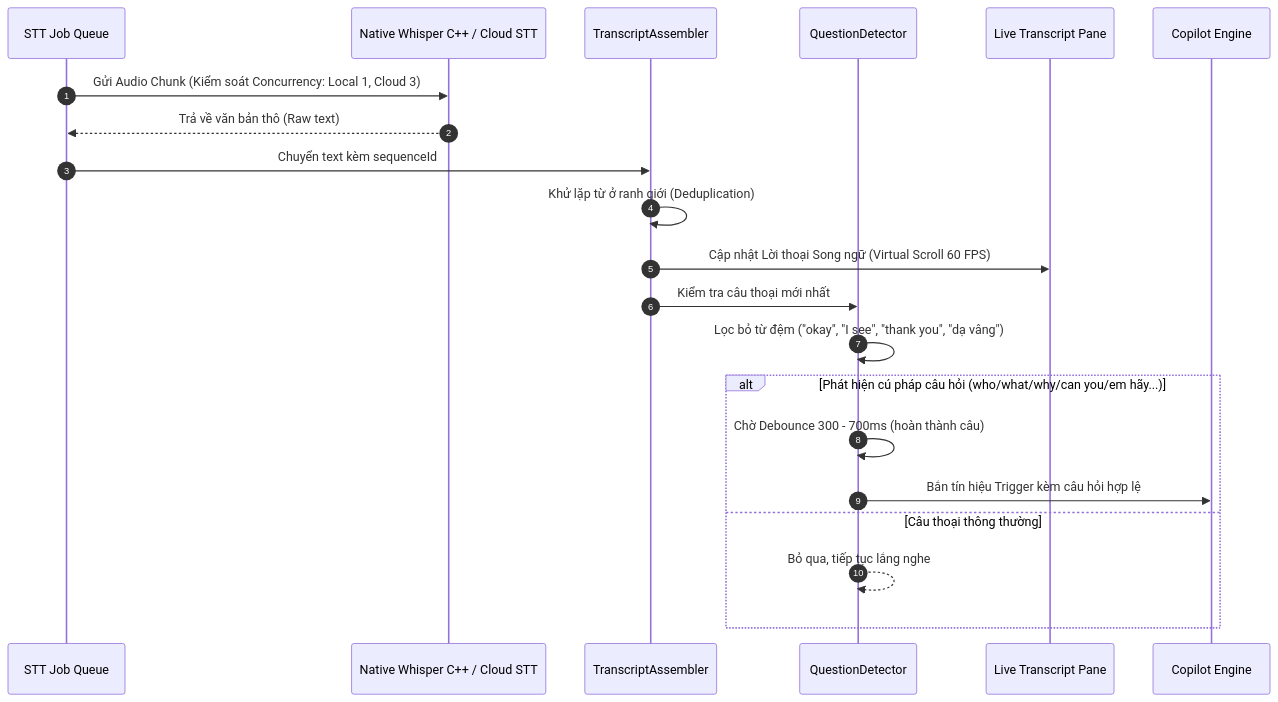
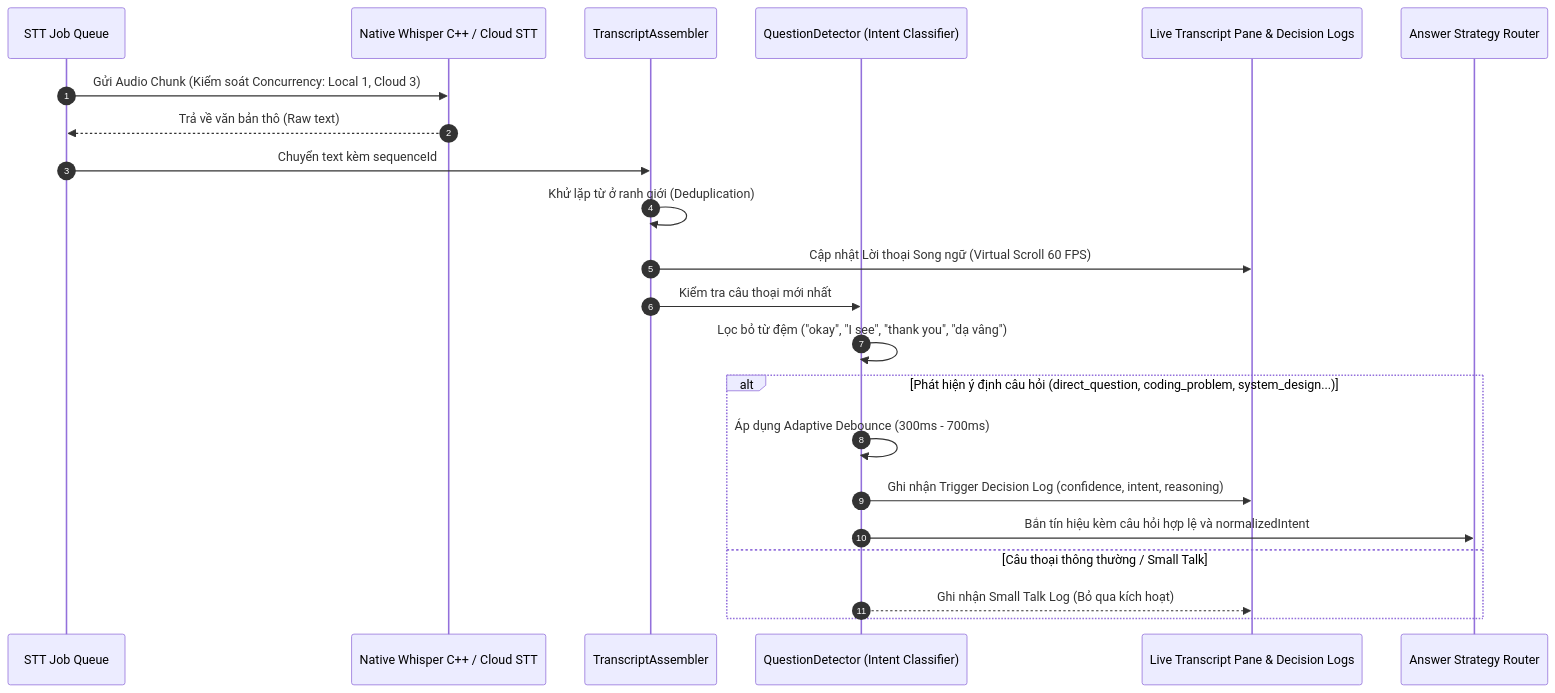
Before and after one commit to hoanglong2206/Election-Demo: the second of 8 diagrams in README.md, drawn with Mermaid. The commit also changed other lines of this file and 1 other file, not shown here.

Commit message:
[feat]: Enhance README.md with detailed project features and architecture updates

````diff
--- a/README.md
+++ b/README.md
@@ -337,24 +384,25 @@
 ```mermaid
 sequenceDiagram
     autonumber
     participant Queue as STT Job Queue
     participant Worker as Native Whisper C++ / Cloud STT
     participant Assembler as TranscriptAssembler
-    participant Detector as QuestionDetector
-    participant UI as Live Transcript Pane
-    participant Copilot as Copilot Engine
+    participant Detector as QuestionDetector (Intent Classifier)
+    participant UI as Live Transcript Pane & Decision Logs
+    participant Router as Answer Strategy Router
 
     Queue->>Worker: Gửi Audio Chunk (Kiểm soát Concurrency: Local 1, Cloud 3)
     Worker-->>Queue: Trả về văn bản thô (Raw text)
     Queue->>Assembler: Chuyển text kèm sequenceId
     Assembler->>Assembler: Khử lặp từ ở ranh giới (Deduplication)
     Assembler->>UI: Cập nhật Lời thoại Song ngữ (Virtual Scroll 60 FPS)
     Assembler->>Detector: Kiểm tra câu thoại mới nhất
     Detector->>Detector: Lọc bỏ từ đệm ("okay", "I see", "thank you", "dạ vâng")
-    alt Phát hiện cú pháp câu hỏi (who/what/why/can you/em hãy...)
-        Detector->>Detector: Chờ Debounce 300 - 700ms (hoàn thành câu)
-        Detector->>Copilot: Bắn tín hiệu Trigger kèm câu hỏi hợp lệ
-    else Câu thoại thông thường
-        Detector-->>Detector: Bỏ qua, tiếp tục lắng nghe
+    alt Phát hiện ý định câu hỏi (direct_question, coding_problem, system_design...)
+        Detector->>Detector: Áp dụng Adaptive Debounce (300ms - 700ms)
+        Detector->>UI: Ghi nhận Trigger Decision Log (confidence, intent, reasoning)
+        Detector->>Router: Bắn tín hiệu kèm câu hỏi hợp lệ và normalizedIntent
+    else Câu thoại thông thường / Small Talk
+        Detector-->>UI: Ghi nhận Small Talk Log (Bỏ qua kích hoạt)
     end
 ```
````
